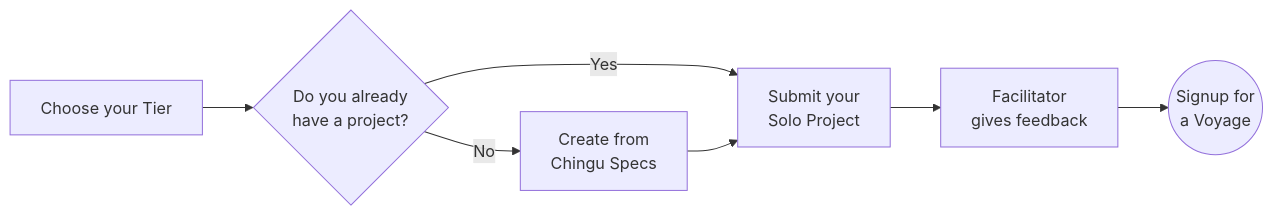
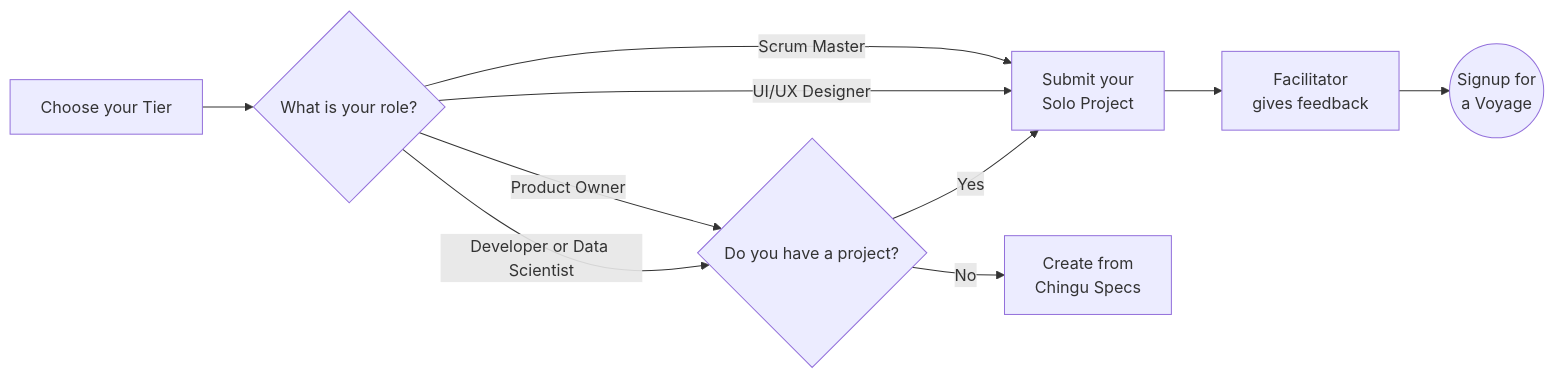
Before and after one commit to chingu-voyages/Handbook: the diagram in docs/guides/soloproject/soloproject.md, drawn with Mermaid.

Commit message:
Feature: Update Solo Project workflow diagram

````diff
--- a/docs/guides/soloproject/soloproject.md
+++ b/docs/guides/soloproject/soloproject.md
@@ -18,9 +18,12 @@
 ```mermaid
 graph LR
-    A[Choose your Tier] --> B{Do you already\nhave a project?}
-    B -- Yes --> C[Submit your\nSolo Project]
-    B -- No --> D[Create from\nChingu Specs]
-    D --> C
-    C --> E[Facilitator\ngives feedback]
-    E --> F((Signup for\na Voyage))
+    A[Choose your Tier] --> B{What is your role?}
+    B -- Product Owner --> F
+    B -- Scrum Master --> G
+    B -- UI/UX Designer --> G
+    B -- Developer or Data Scientist --> F{Do you have a project?}
+    F -- Yes --> G[Submit your\nSolo Project]
+    F -- No --> H[Create from\nChingu Specs]
+    G --> I[Facilitator\ngives feedback]
+    I --> J((Signup for\na Voyage))
 ```
````
